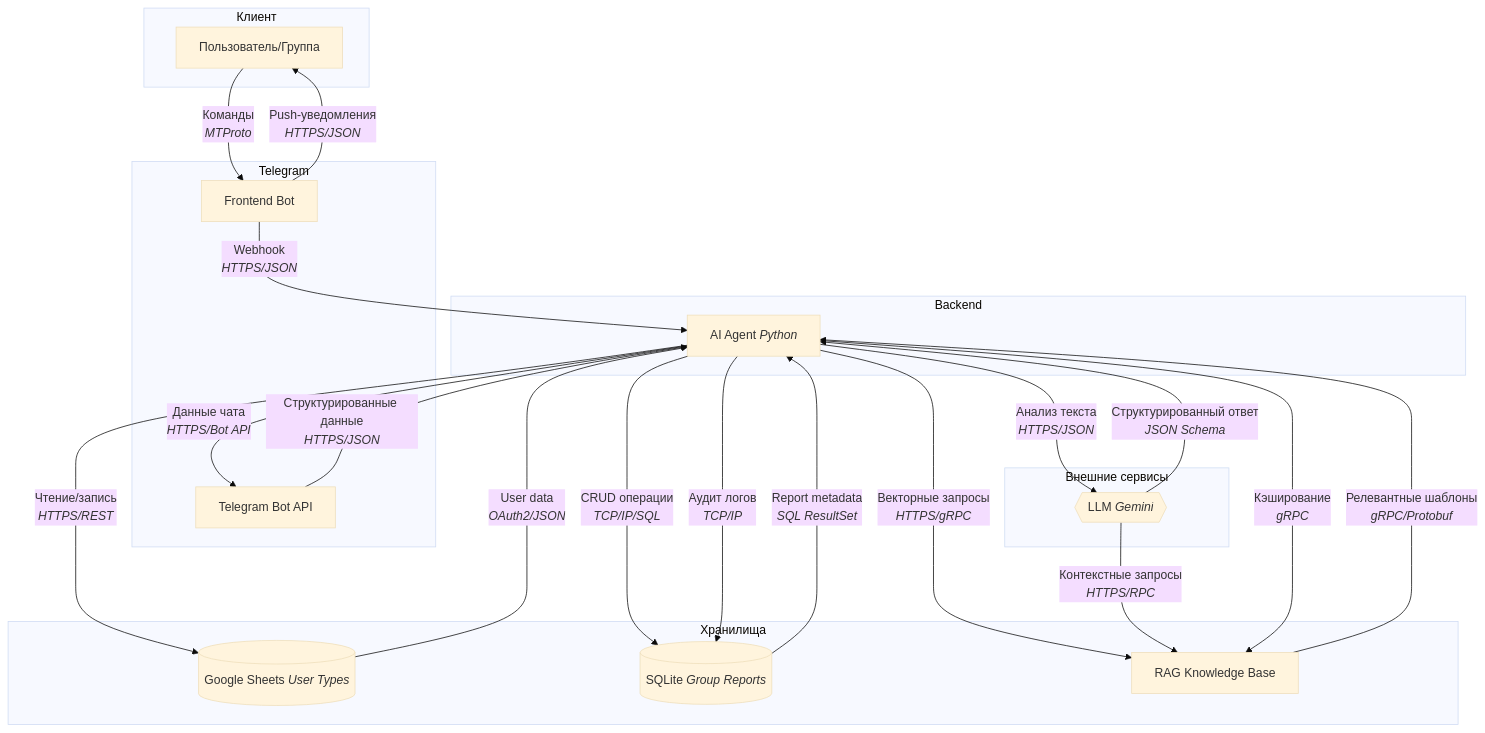
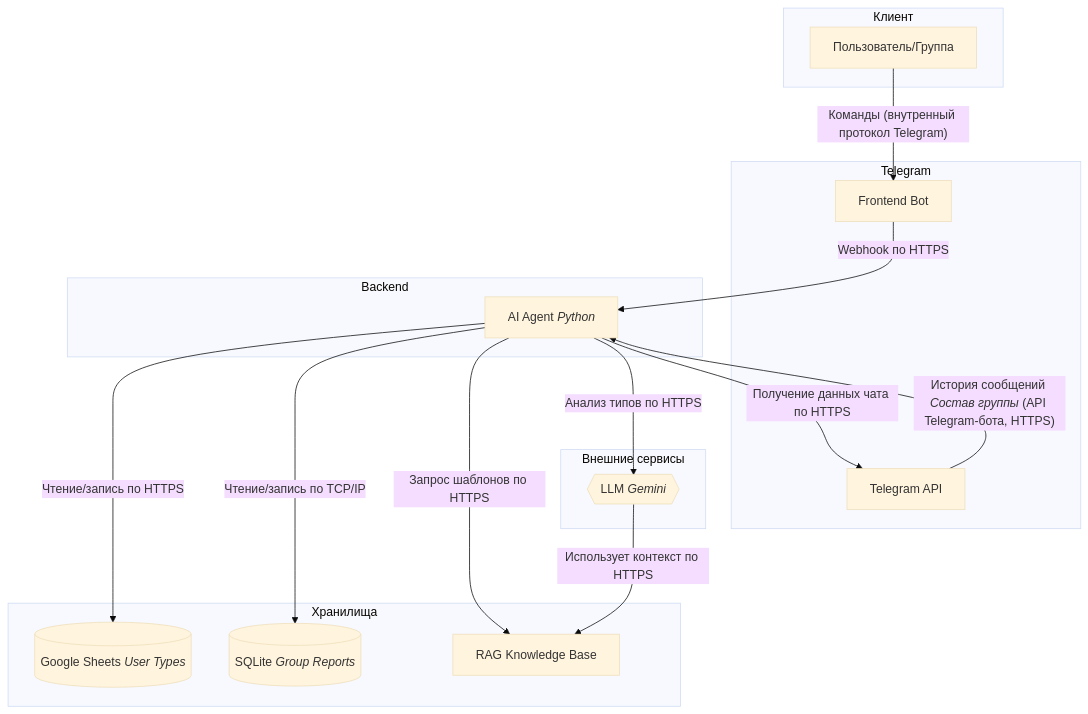
One commit to toxicneka/catlover changed the diagram in README.md. Above: the diagram before and after it, drawn with Mermaid (base theme). The commit also changed other lines of this file, not shown here.

````diff
--- a/README.md
+++ b/README.md
@@ -1,47 +1,35 @@
 ```mermaid
 graph TD
     subgraph "Клиент"
         A[Пользователь/Группа]
     end
 
     subgraph "Telegram"
         B[Frontend Bot]
-        I[Telegram Bot API]
+        I[Telegram API]
     end
 
     subgraph "Backend"
         D[AI Agent <i>Python</i>]
     end
 
     subgraph "Хранилища"
         E[(Google Sheets <i>User Types</i>)]
         F[(SQLite <i>Group Reports</i>)]
-        J[RAG Knowledge Base<br>]
+        J[RAG Knowledge Base]
     end
 
     subgraph "Внешние сервисы"
         G{{LLM <i>Gemini</i>}}
     end
 
-    %% Прямые связи с протоколами
-    A -- Команды<br><i>MTProto</i> --> B
-    B -- Webhook<br><i>HTTPS/JSON</i> --> D
-    D -- Чтение/запись<br><i>HTTPS/REST</i> --> E
-    D -- CRUD операции<br><i>TCP/IP/SQL</i> --> F
-    D -- Векторные запросы<br><i>HTTPS/gRPC</i> --> J
-    D -- Анализ текста<br><i>HTTPS/JSON</i> --> G
-    D -- Данные чата<br><i>HTTPS/Bot API</i> --> I
-    G -- Контекстные запросы<br><i>HTTPS/RPC</i> --> J
-    
-    %% Обратные связи с протоколами
-    B -- Push-уведомления<br><i>HTTPS/JSON</i> --> A
-    I -- Структурированные данные<br><i>HTTPS/JSON</i> --> D
-    J -- Релевантные шаблоны<br><i>gRPC/Protobuf</i> --> D
-    G -- Структурированный ответ<br><i>JSON Schema</i> --> D
-    E -- User data<br><i>OAuth2/JSON</i> --> D
-    F -- Report metadata<br><i>SQL ResultSet</i> --> D
-    
-    %% Дополнительные связи
-    D -- Кэширование<br><i>gRPC</i> --> J
-    D -- Аудит логов<br><i>TCP/IP</i> --> F
+    A -- Команды (внутренный протокол Telegram) --> B
+    B -- Webhook по HTTPS --> D
+    D -- Чтение/запись по HTTPS --> E
+    D -- Чтение/запись по TCP/IP --> F
+    D -- Запрос шаблонов по HTTPS --> J
+    D -- Анализ типов по HTTPS --> G
+    D -- Получение данных чата по HTTPS --> I
+    G -- Использует контекст по HTTPS --> J
+    I -- История сообщений <i>Состав группы</i> (API Telegram-бота, HTTPS) --> D
 ```
````
